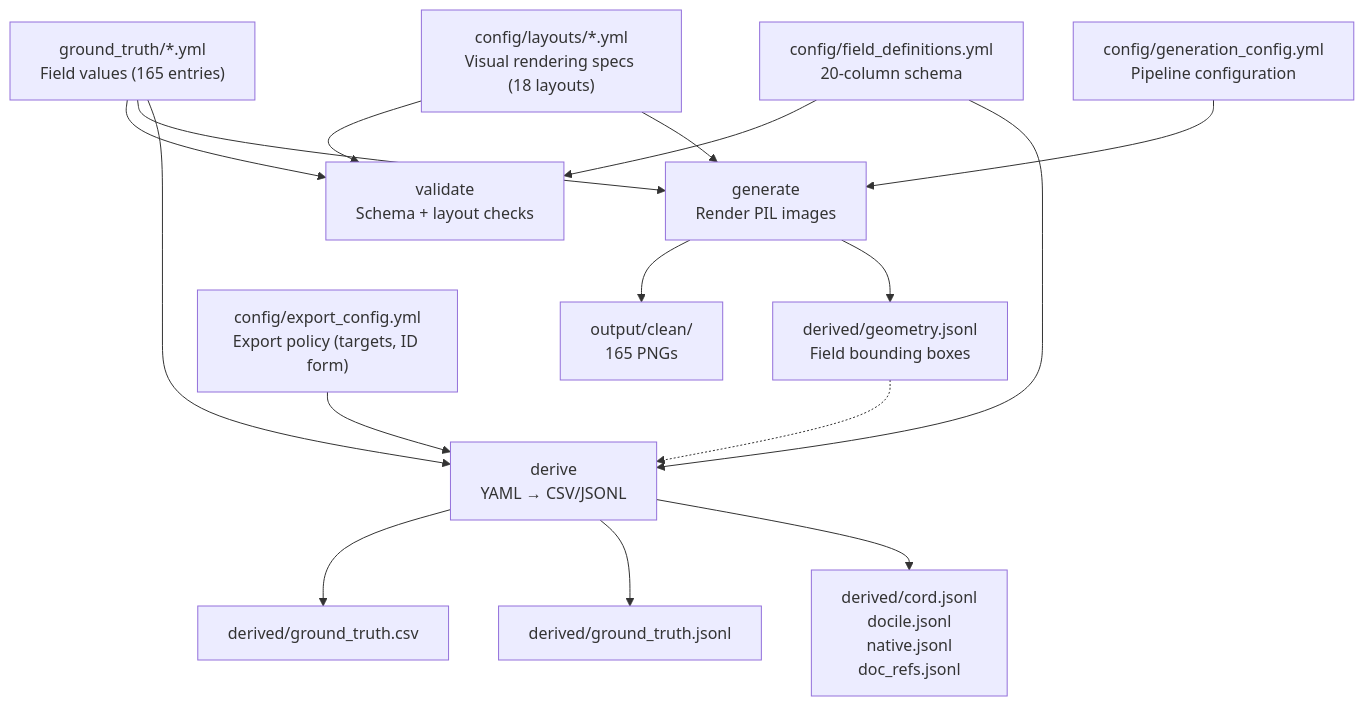
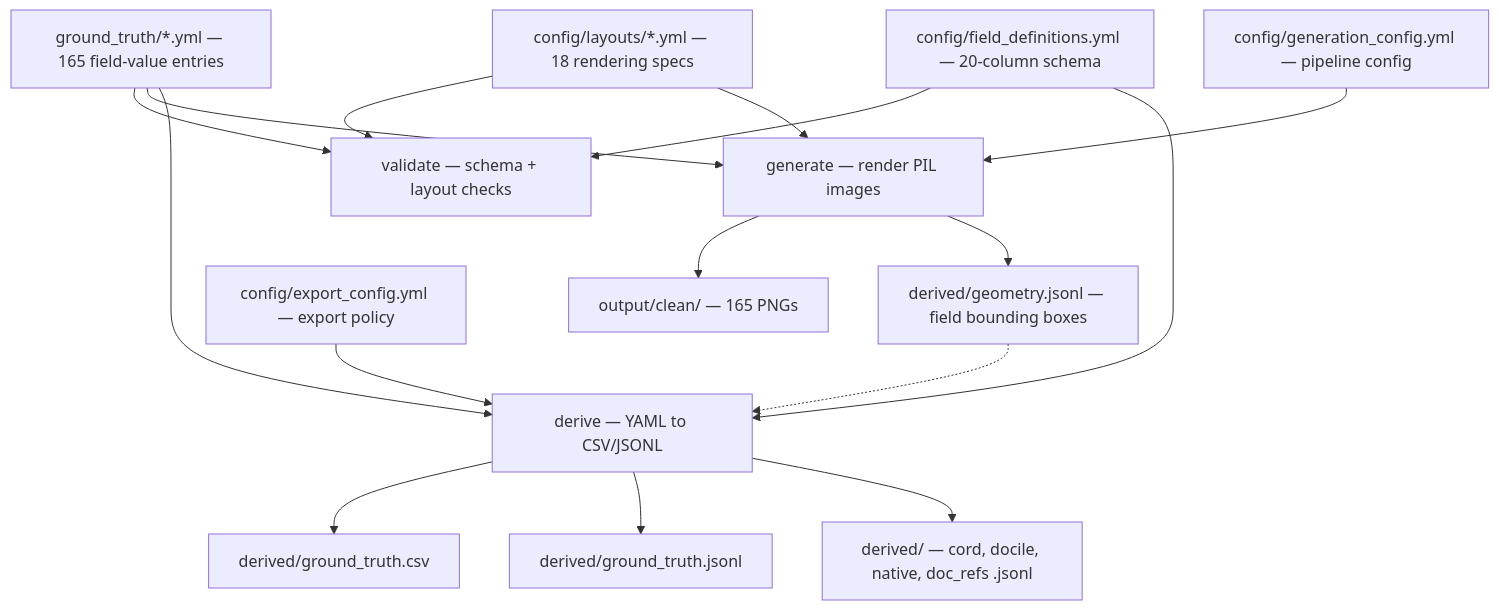
Before and after one commit to tmnestor/Synthetic_Doc_Generation: the diagram in README.md, drawn with Mermaid. The commit also changed 1 other file, not shown here.

Commit message:
📝 docs: drop <br/> from mermaid labels GitHub does not honour
GitHub strips <br/> inside quoted mermaid labels rather than breaking the line, so the README's architecture diagram and the capability overview were both rendering as run-together text. Labels now fit on one line, which renders the same everywhere.

````diff
--- a/README.md
+++ b/README.md
@@ -179,26 +179,26 @@
 ```mermaid
 graph TD
-    GT["ground_truth/*.yml<br/>Field values (165 entries)"]
-    LR["config/layouts/*.yml<br/>Visual rendering specs (18 layouts)"]
-    GC["config/generation_config.yml<br/>Pipeline configuration"]
-    FD["config/field_definitions.yml<br/>20-column schema"]
+    GT["ground_truth/*.yml — 165 field-value entries"]
+    LR["config/layouts/*.yml — 18 rendering specs"]
+    GC["config/generation_config.yml — pipeline config"]
+    FD["config/field_definitions.yml — 20-column schema"]
 
-    GT --> V["validate<br/>Schema + layout checks"]
+    GT --> V["validate — schema + layout checks"]
     LR --> V
     FD --> V
 
-    GT --> G["generate<br/>Render PIL images"]
+    GT --> G["generate — render PIL images"]
     LR --> G
     GC --> G
 
-    G --> CLEAN["output/clean/<br/>165 PNGs"]
+    G --> CLEAN["output/clean/ — 165 PNGs"]
 
-    GT --> D["derive<br/>YAML → CSV/JSONL"]
+    GT --> D["derive — YAML to CSV/JSONL"]
     FD --> D
-    EC["config/export_config.yml<br/>Export policy (targets, ID form)"] --> D
+    EC["config/export_config.yml — export policy"] --> D
     D --> CSV["derived/ground_truth.csv"]
     D --> JSONL["derived/ground_truth.jsonl"]
-    D --> EXP["derived/cord.jsonl<br/>docile.jsonl<br/>native.jsonl<br/>doc_refs.jsonl"]
-    G --> GEO["derived/geometry.jsonl<br/>Field bounding boxes"]
+    D --> EXP["derived/ — cord, docile, native, doc_refs .jsonl"]
+    G --> GEO["derived/geometry.jsonl — field bounding boxes"]
     GEO -.-> D
 ```
````
